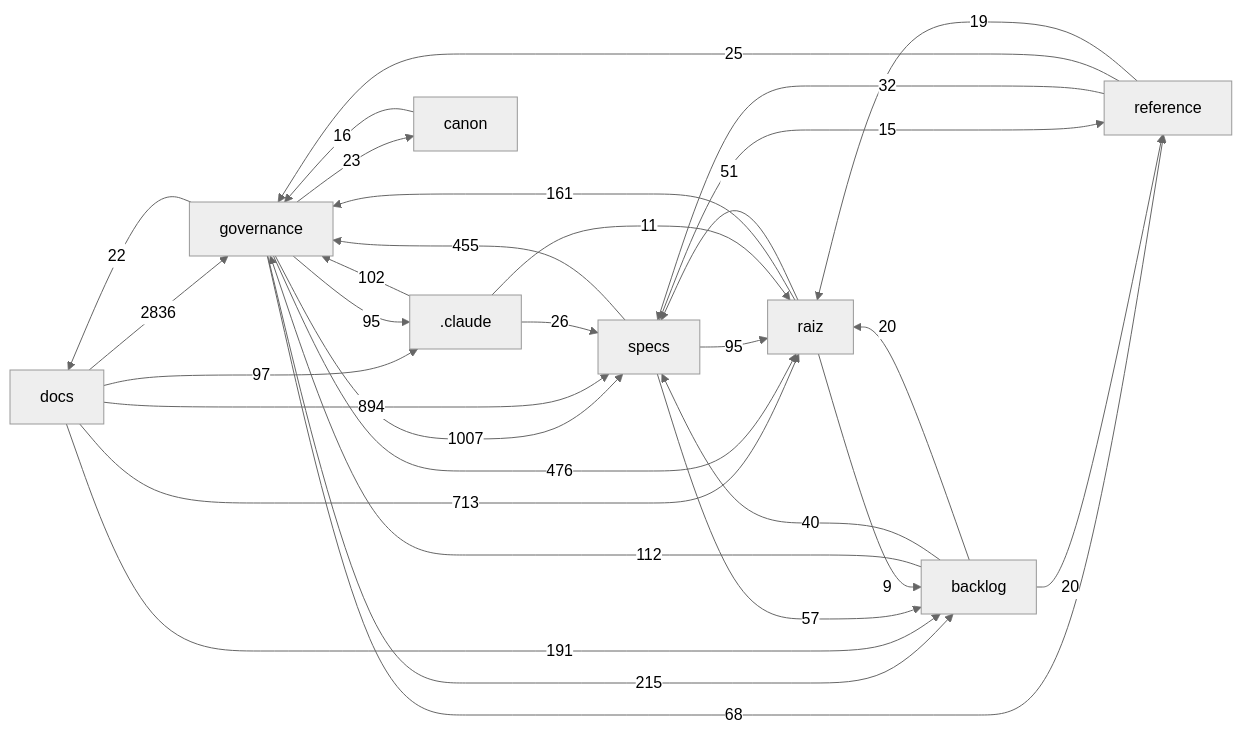
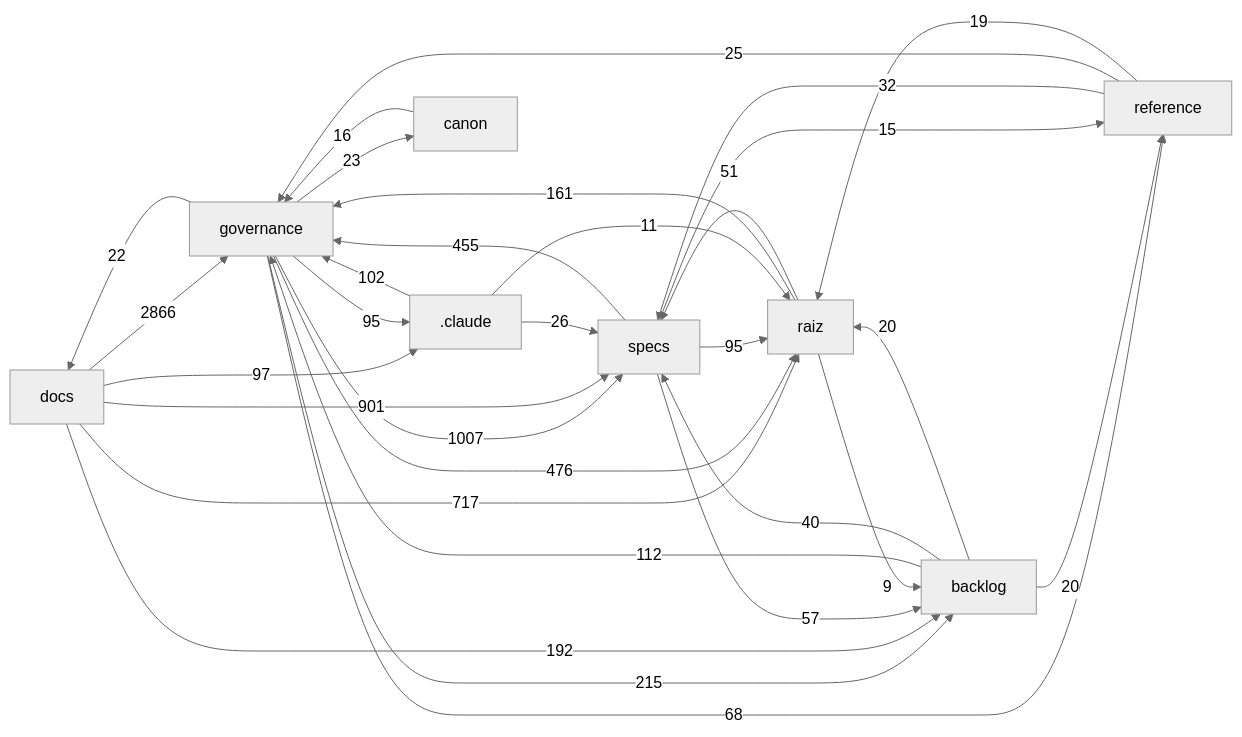
One commit to Andraus35/Sistema-Operacional-de-Trading--SOT changed the diagram in docs/mapa/MAPA-PROJETO.md. Above: the diagram before and after it, drawn with Mermaid (neutral theme). The commit also changed other lines of this file and 4 other files, not shown here.

````diff
--- a/docs/mapa/MAPA-PROJETO.md
+++ b/docs/mapa/MAPA-PROJETO.md
@@ -29,33 +29,33 @@
 ```mermaid
 flowchart LR
-  docs["docs"] -->|2836| governance["governance"]
+  docs["docs"] -->|2866| governance["governance"]
   governance["governance"] -->|1007| specs["specs"]
-  docs["docs"] -->|894| specs["specs"]
-  docs["docs"] -->|713| raiz["raiz"]
+  docs["docs"] -->|901| specs["specs"]
+  docs["docs"] -->|717| raiz["raiz"]
   governance["governance"] -->|476| raiz["raiz"]
   specs["specs"] -->|455| governance["governance"]
   governance["governance"] -->|215| backlog["backlog"]
-  docs["docs"] -->|191| backlog["backlog"]
+  docs["docs"] -->|192| backlog["backlog"]
   raiz["raiz"] -->|161| governance["governance"]
   backlog["backlog"] -->|112| governance["governance"]
   _claude[".claude"] -->|102| governance["governance"]
   docs["docs"] -->|97| _claude[".claude"]
   governance["governance"] -->|95| _claude[".claude"]
   specs["specs"] -->|95| raiz["raiz"]
   governance["governance"] -->|68| reference["reference"]
   specs["specs"] -->|57| backlog["backlog"]
   raiz["raiz"] -->|51| specs["specs"]
   backlog["backlog"] -->|40| specs["specs"]
   reference["reference"] -->|32| specs["specs"]
   _claude[".claude"] -->|26| specs["specs"]
   reference["reference"] -->|25| governance["governance"]
   governance["governance"] -->|23| canon["canon"]
   governance["governance"] -->|22| docs["docs"]
   backlog["backlog"] -->|20| raiz["raiz"]
   backlog["backlog"] -->|20| reference["reference"]
   reference["reference"] -->|19| raiz["raiz"]
   canon["canon"] -->|16| governance["governance"]
   specs["specs"] -->|15| reference["reference"]
   _claude[".claude"] -->|11| raiz["raiz"]
   raiz["raiz"] -->|9| backlog["backlog"]
 ```
````
